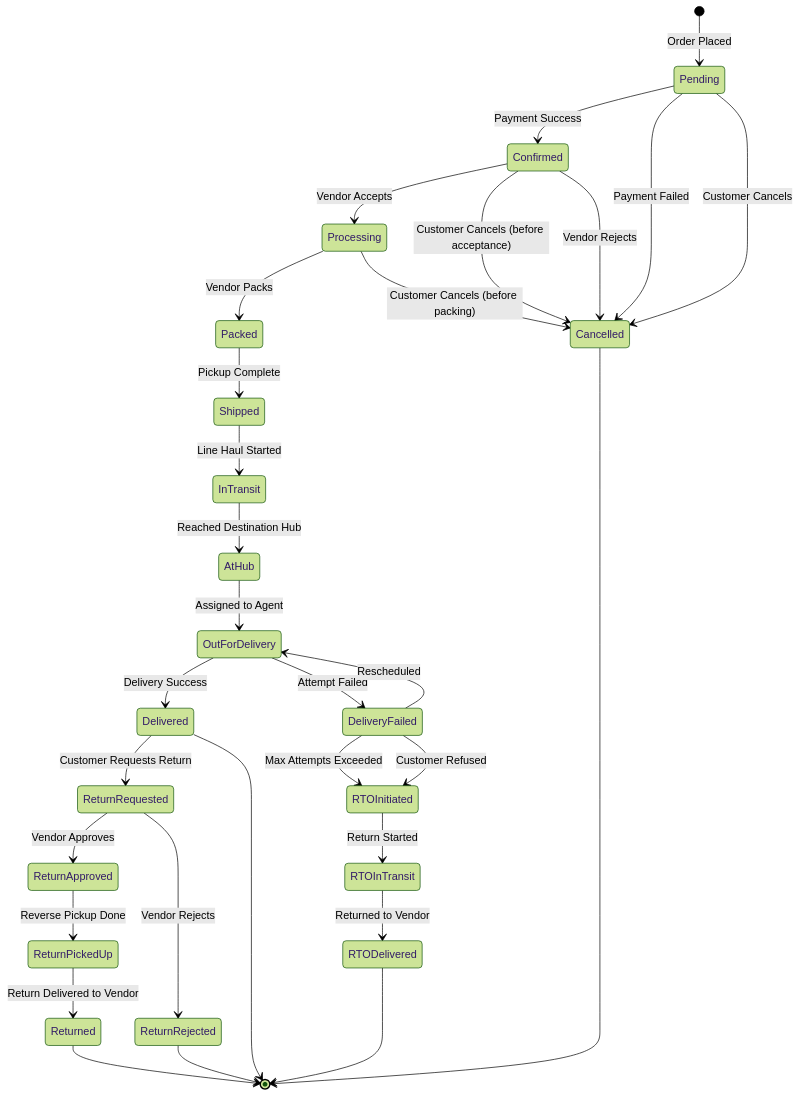
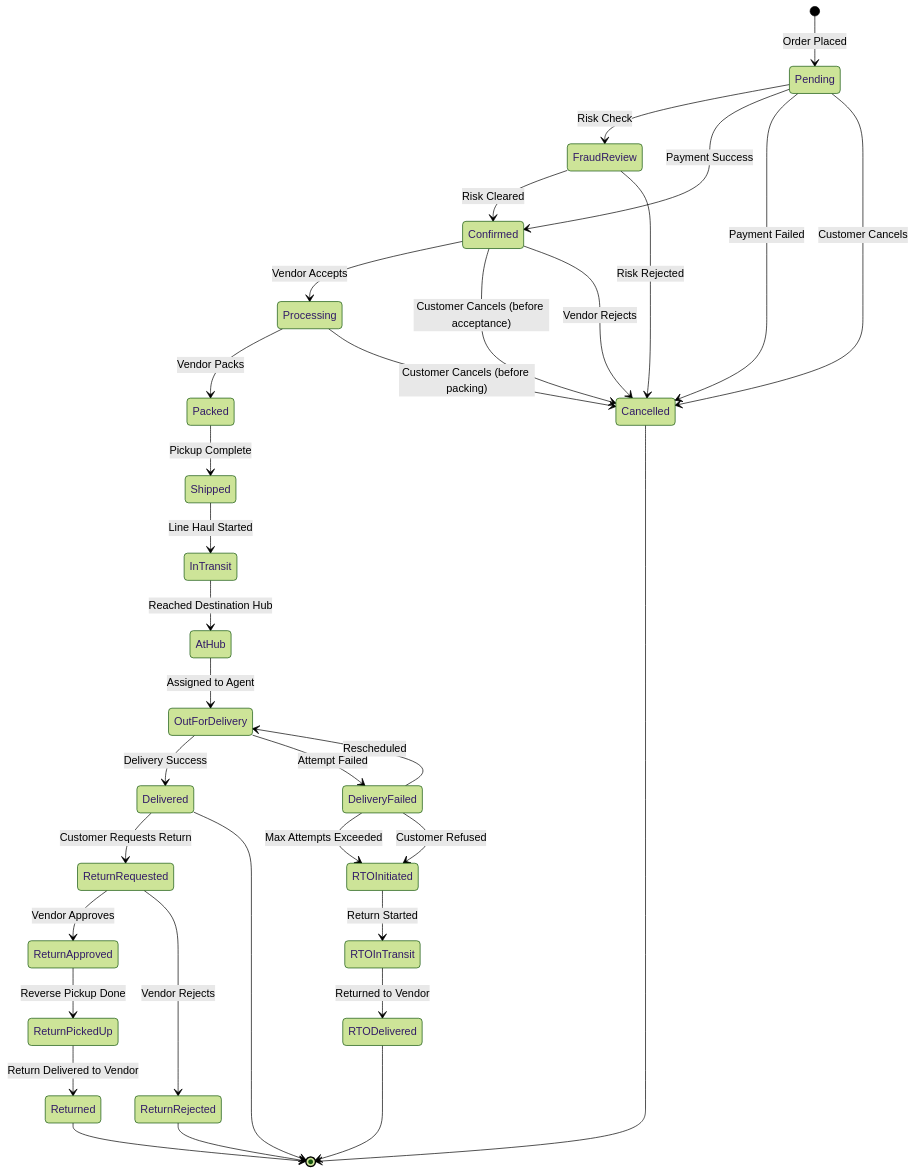
Before and after one commit to 0Ankit0/Project-Ideas: the first of 8 diagrams in E-Commerce/detailed-design/state-machine-diagrams.md, drawn with Mermaid (forest theme). The commit also changed 21 other files, not shown here.

````diff
--- a/E-Commerce/detailed-design/state-machine-diagrams.md
+++ b/E-Commerce/detailed-design/state-machine-diagrams.md
@@ -10,45 +10,48 @@
 ```mermaid
 stateDiagram-v2
     [*] --> Pending: Order Placed
     
+    Pending --> FraudReview: Risk Check
+    FraudReview --> Confirmed: Risk Cleared
+    FraudReview --> Cancelled: Risk Rejected
     Pending --> Confirmed: Payment Success
     Pending --> Cancelled: Payment Failed
     Pending --> Cancelled: Customer Cancels
     
     Confirmed --> Processing: Vendor Accepts
     Confirmed --> Cancelled: Customer Cancels (before acceptance)
     Confirmed --> Cancelled: Vendor Rejects
     
     Processing --> Packed: Vendor Packs
     Processing --> Cancelled: Customer Cancels (before packing)
     
     Packed --> Shipped: Pickup Complete
     
     Shipped --> InTransit: Line Haul Started
     
     InTransit --> AtHub: Reached Destination Hub
     
     AtHub --> OutForDelivery: Assigned to Agent
     
     OutForDelivery --> Delivered: Delivery Success
     OutForDelivery --> DeliveryFailed: Attempt Failed
     
     DeliveryFailed --> OutForDelivery: Rescheduled
     DeliveryFailed --> RTOInitiated: Max Attempts Exceeded
     DeliveryFailed --> RTOInitiated: Customer Refused
     
     RTOInitiated --> RTOInTransit: Return Started
     RTOInTransit --> RTODelivered: Returned to Vendor
     
     Delivered --> ReturnRequested: Customer Requests Return
     ReturnRequested --> ReturnApproved: Vendor Approves
     ReturnRequested --> ReturnRejected: Vendor Rejects
     ReturnApproved --> ReturnPickedUp: Reverse Pickup Done
     ReturnPickedUp --> Returned: Return Delivered to Vendor
     
     Cancelled --> [*]
     Delivered --> [*]
     RTODelivered --> [*]
     Returned --> [*]
     ReturnRejected --> [*]
 ```
````
